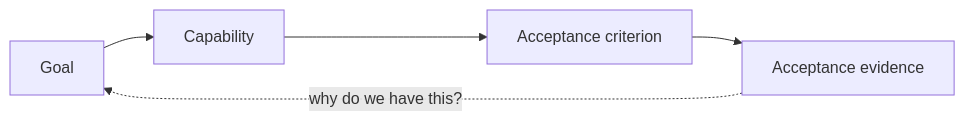
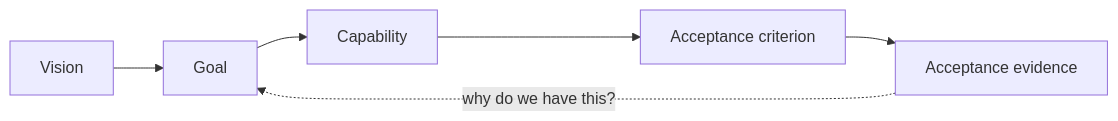
One commit to cliewen/cliewen changed the first of 2 diagrams in guide/index.md. Above: the diagram before and after it, drawn with Mermaid. The commit also changed other lines of this file and 9 other files, not shown here.

````diff
--- a/guide/index.md
+++ b/guide/index.md
@@ -29,7 +39,8 @@
 ```mermaid
 graph LR
-  G["Goal"] --> C["Capability"]
+  V["Vision"] --> G["Goal"]
+  G --> C["Capability"]
   C --> A["Acceptance criterion"]
   A --> E["Acceptance evidence"]
   E -. "why do we have this?" .-> G
 ```
````
